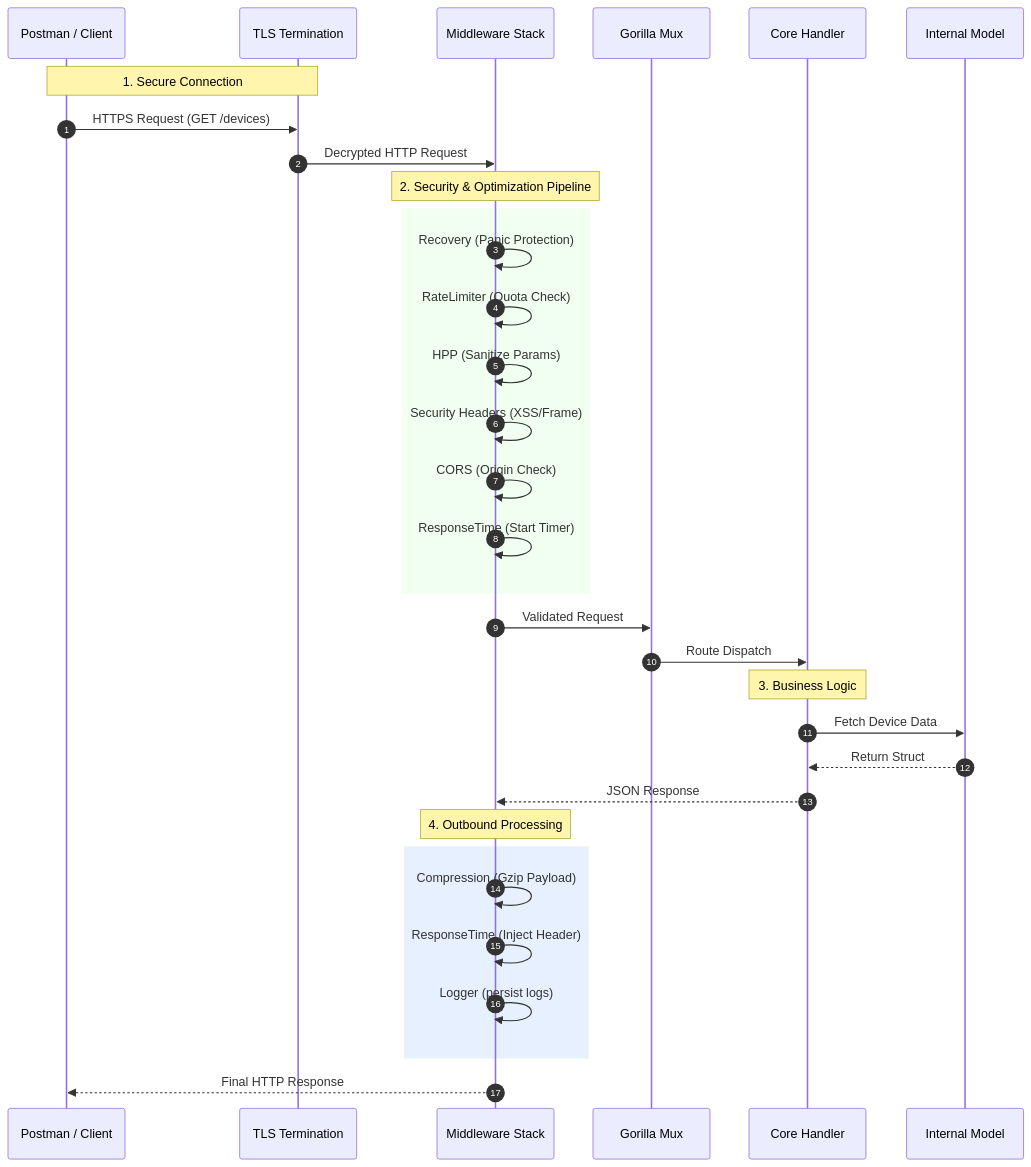
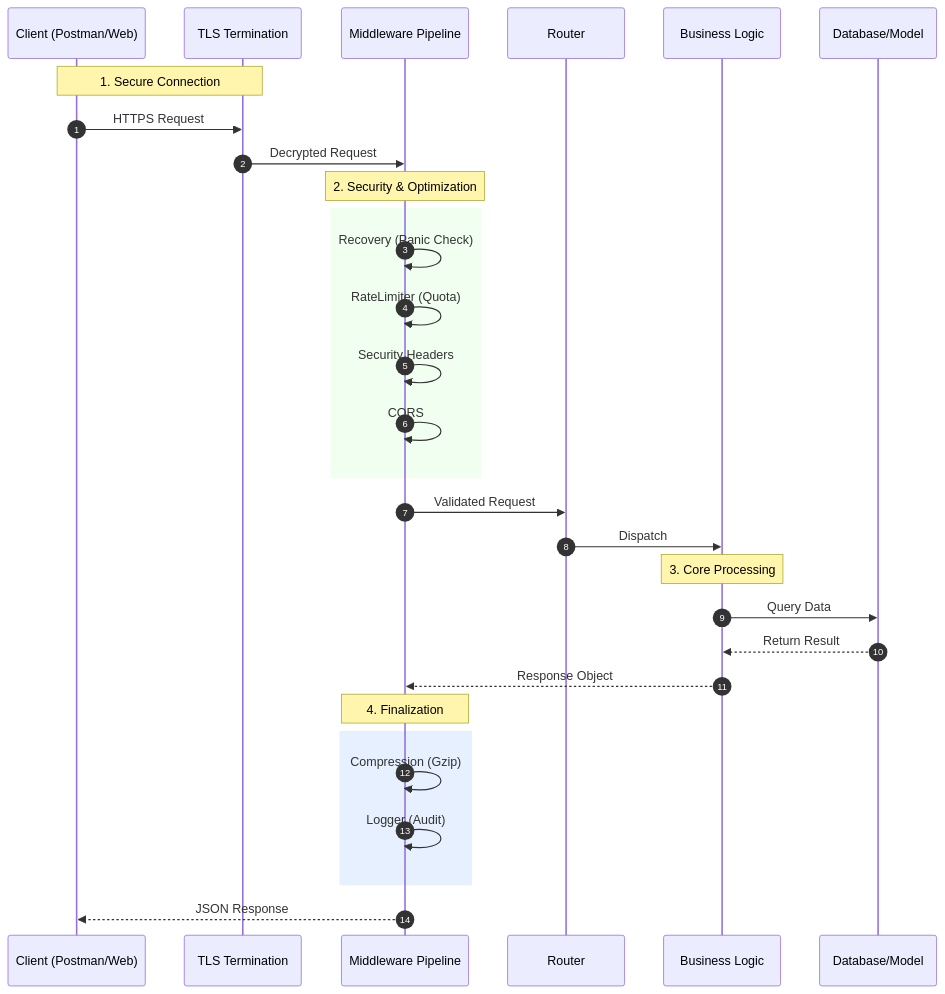
Before and after one commit to YasinEnginExpert/REST-API: the diagram in README.md, drawn with Mermaid. The commit also changed other lines of this file and 3 other files, not shown here.

````diff
--- a/README.md
+++ b/README.md
@@ -12,42 +19,39 @@
 ```mermaid
 sequenceDiagram
     autonumber
-    participant Client as Postman / Client
+    participant Client as Client (Postman/Web)
     participant TLS as TLS Termination
-    participant MW_Stack as Middleware Stack
-    participant Router as Gorilla Mux
-    participant Handler as Core Handler
-    participant DB as Internal Model
+    participant MW_Stack as Middleware Pipeline
+    participant Router as Router
+    participant Handler as Business Logic
+    participant DB as Database/Model
 
     Note over Client, TLS: 1. Secure Connection
-    Client->>TLS: HTTPS Request (GET /devices)
-    TLS->>MW_Stack: Decrypted HTTP Request
+    Client->>TLS: HTTPS Request
+    TLS->>MW_Stack: Decrypted Request
 
-    Note over MW_Stack: 2. Security & Optimization Pipeline
+    Note over MW_Stack: 2. Security & Optimization
     
     rect rgb(240, 255, 240)
-        MW_Stack->>MW_Stack: Recovery (Panic Protection)
-        MW_Stack->>MW_Stack: RateLimiter (Quota Check)
-        MW_Stack->>MW_Stack: HPP (Sanitize Params)
-        MW_Stack->>MW_Stack: Security Headers (XSS/Frame)
-        MW_Stack->>MW_Stack: CORS (Origin Check)
-        MW_Stack->>MW_Stack: ResponseTime (Start Timer)
+        MW_Stack->>MW_Stack: Recovery (Panic Check)
+        MW_Stack->>MW_Stack: RateLimiter (Quota)
+        MW_Stack->>MW_Stack: Security Headers
+        MW_Stack->>MW_Stack: CORS
     end
 
     MW_Stack->>Router: Validated Request
-    Router->>Handler: Route Dispatch
+    Router->>Handler: Dispatch
 
-    Note over Handler: 3. Business Logic
-    Handler->>DB: Fetch Device Data
-    DB-->>Handler: Return Struct
-    Handler-->>MW_Stack: JSON Response
+    Note over Handler: 3. Core Processing
+    Handler->>DB: Query Data
+    DB-->>Handler: Return Result
+    Handler-->>MW_Stack: Response Object
 
-    Note over MW_Stack: 4. Outbound Processing
+    Note over MW_Stack: 4. Finalization
     rect rgb(230, 240, 255)
-        MW_Stack->>MW_Stack: Compression (Gzip Payload)
-        MW_Stack->>MW_Stack: ResponseTime (Inject Header)
-        MW_Stack->>MW_Stack: Logger (persist logs)
+        MW_Stack->>MW_Stack: Compression (Gzip)
+        MW_Stack->>MW_Stack: Logger (Audit)
     end
 
-    MW_Stack-->>Client: Final HTTP Response
+    MW_Stack-->>Client: JSON Response
 ```
````
